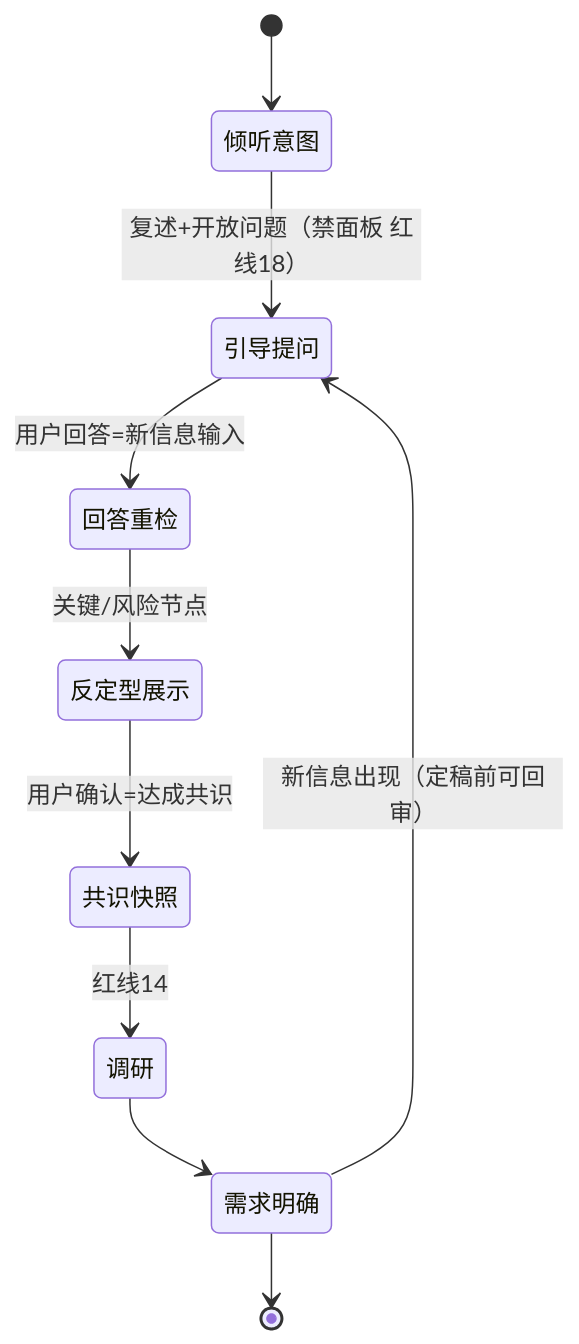
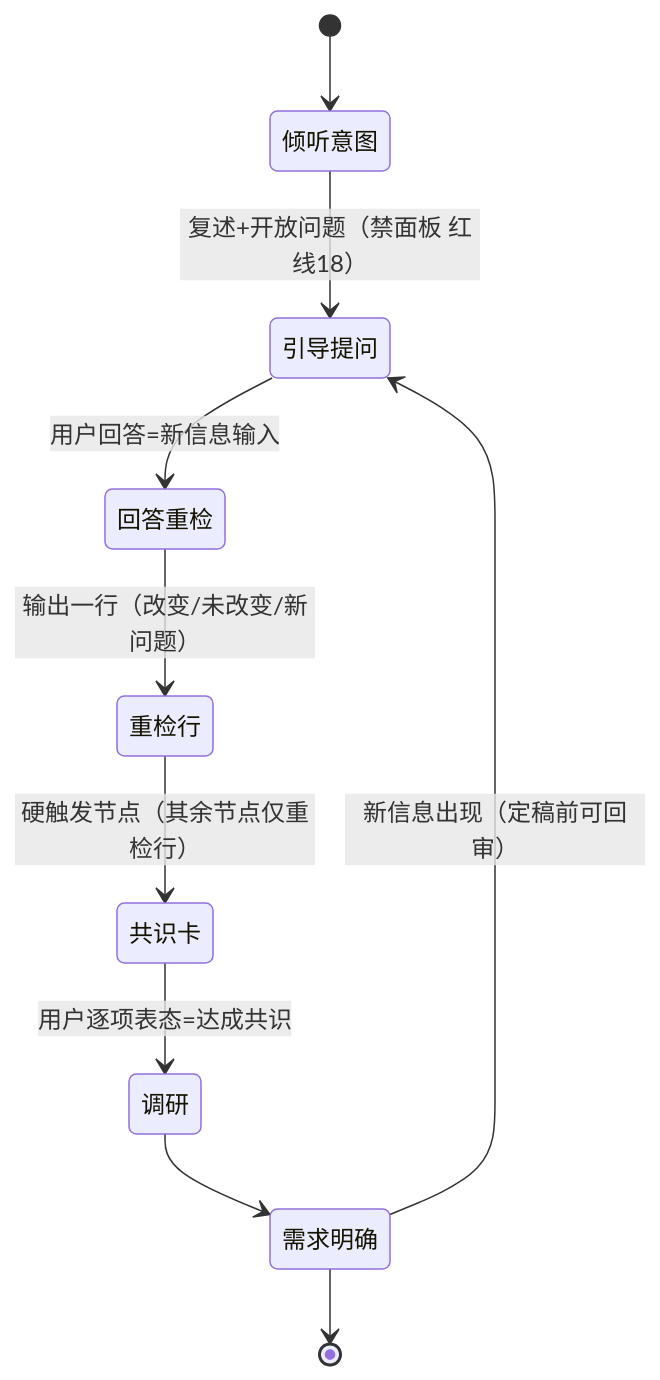
Before and after one commit to The-Daybreaker/project-spec: the seventh of 14 diagrams in docs/FLOW.md, drawn with Mermaid. The commit also changed other lines of this file and 32 other files, not shown here.

Commit message:
feat(P3.5-P3.9): 测试模块+措辞扫描+共识卡+路线图+校验链 - PHASES测试子阶段、TEST-REPORT双区、scan_defensive双档、共识卡锚点断言、ROADMAP分层、smoke_init扩展全绿

````diff
--- a/docs/FLOW.md
+++ b/docs/FLOW.md
@@ -98,12 +98,12 @@
 ```mermaid
 stateDiagram-v2
     [*] --> 倾听意图
     倾听意图 --> 引导提问: 复述+开放问题（禁面板 红线18）
     引导提问 --> 回答重检: 用户回答=新信息输入
-    回答重检 --> 反定型展示: 关键/风险节点
-    反定型展示 --> 共识快照: 用户确认=达成共识
-    共识快照 --> 调研: 红线14
+    回答重检 --> 重检行: 输出一行（改变/未改变/新问题）
+    重检行 --> 共识卡: 硬触发节点（其余节点仅重检行）
+    共识卡 --> 调研: 用户逐项表态=达成共识
     调研 --> 需求明确
     需求明确 --> 引导提问: 新信息出现（定稿前可回审）
     需求明确 --> [*]
 ```
````
